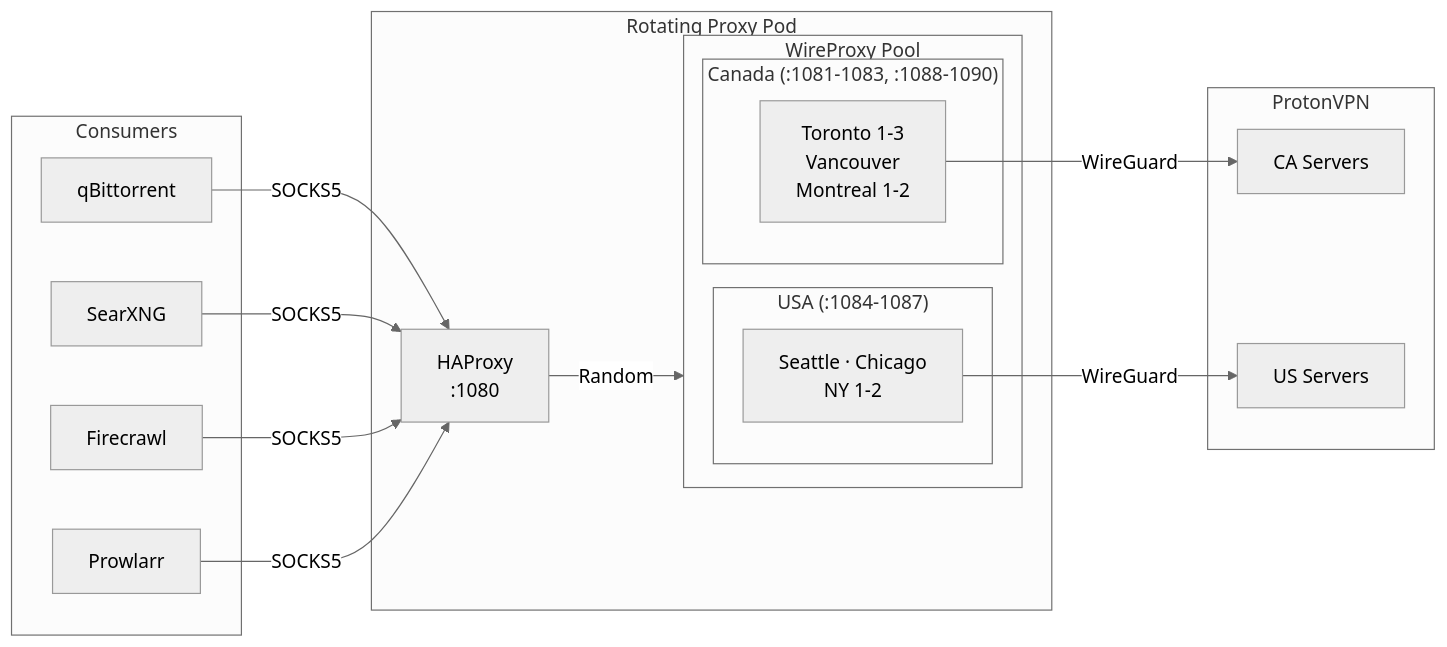
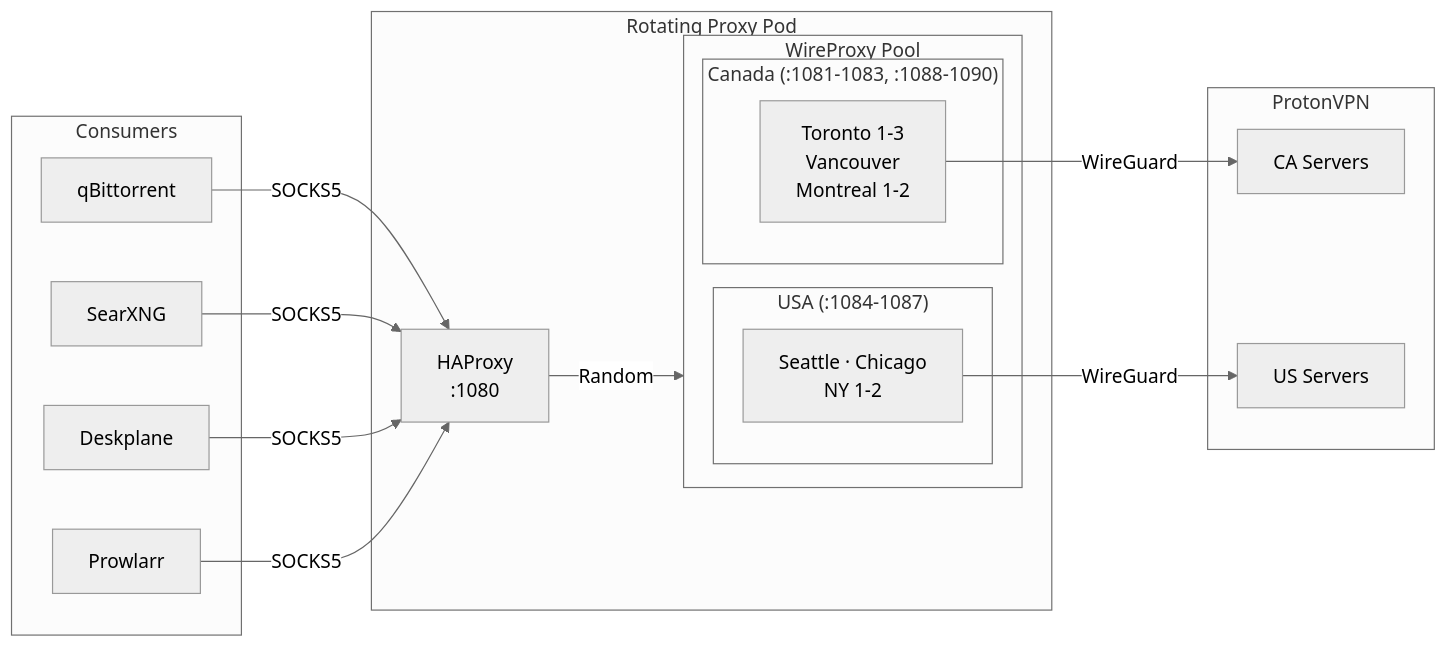
Before and after one commit to shedrachokonofua/aether: the fourth of 4 diagrams in docs/networking.md, drawn with Mermaid (neutral theme). The commit also changed other lines of this file and 14 other files, not shown here.

First line of the commit message:
Retire Firecrawl: orion extracts via Deskplane, drop Firecrawl MCP and namespace

````diff
--- a/docs/networking.md
+++ b/docs/networking.md
@@ -353,31 +353,31 @@
 ```mermaid
 graph LR
     subgraph Consumers
         QB[qBittorrent]
         SX[SearXNG]
-        FC[Firecrawl]
+        DP[Deskplane]
         PW[Prowlarr]
     end
 
     subgraph RotatingProxy["Rotating Proxy Pod"]
         HAP[HAProxy<br/>:1080]
         subgraph Pool["WireProxy Pool"]
             subgraph CA["Canada (:1081-1083, :1088-1090)"]
                 WCA[Toronto 1-3<br/>Vancouver<br/>Montreal 1-2]
             end
             subgraph US["USA (:1084-1087)"]
                 WUS[Seattle · Chicago<br/>NY 1-2]
             end
         end
     end
 
     subgraph ProtonVPN
         VPN1[CA Servers]
         VPN2[US Servers]
     end
 
-    QB & SX & FC & PW -->|SOCKS5| HAP
+    QB & SX & DP & PW -->|SOCKS5| HAP
     HAP -->|Random| Pool
     WCA -->|WireGuard| VPN1
     WUS -->|WireGuard| VPN2
 ```
````
